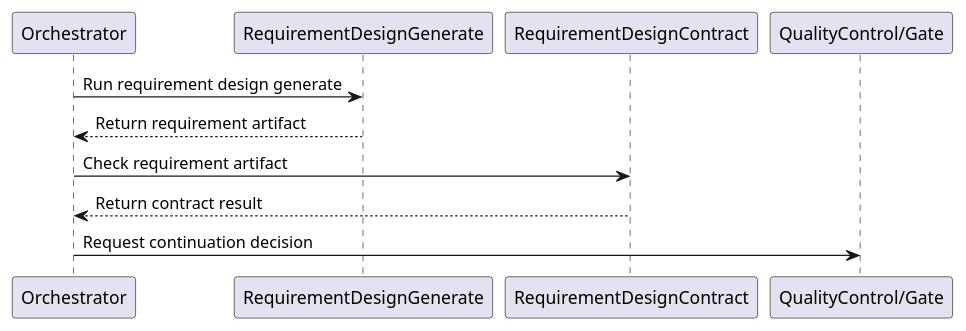
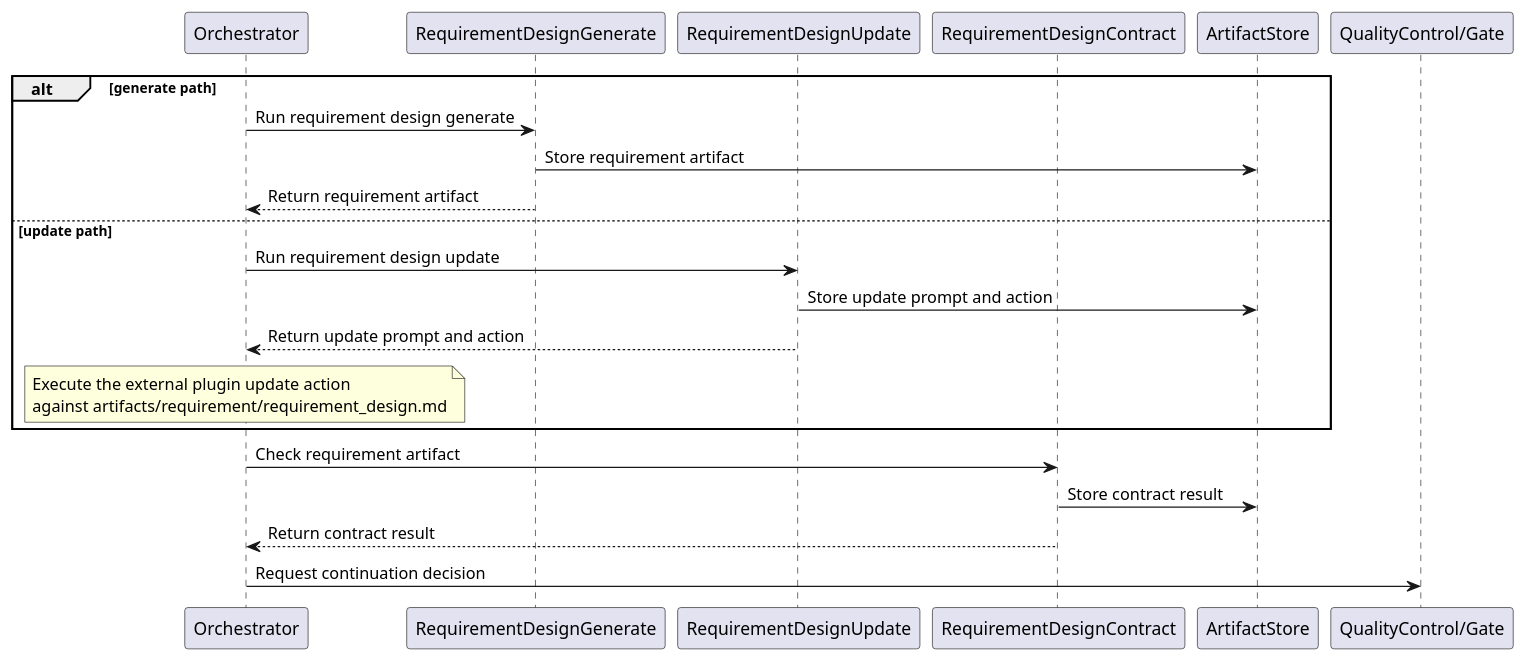
The second of 4 diagrams in project_layer/docs/breakdown_docs/requirement_design.md (lucky-chen/ai_workflow_travel), drawn with PlantUML before and after one commit. The commit also changed other lines of this file and 16 other files, not shown here.

````diff
--- a/project_layer/docs/breakdown_docs/requirement_design.md
+++ b/project_layer/docs/breakdown_docs/requirement_design.md
@@ -91,14 +100,28 @@
 ```plantuml
 @startuml
 participant Orchestrator
 participant RequirementDesignGenerate
+participant RequirementDesignUpdate
 participant RequirementDesignContract
+participant ArtifactStore
 participant "QualityControl/Gate" as Gate
 
-Orchestrator -> RequirementDesignGenerate: Run requirement design generate
-RequirementDesignGenerate --> Orchestrator: Return requirement artifact
+alt generate path
+  Orchestrator -> RequirementDesignGenerate: Run requirement design generate
+  RequirementDesignGenerate -> ArtifactStore: Store requirement artifact
+  RequirementDesignGenerate --> Orchestrator: Return requirement artifact
+else update path
+  Orchestrator -> RequirementDesignUpdate: Run requirement design update
+  RequirementDesignUpdate -> ArtifactStore: Store update prompt and action
+  RequirementDesignUpdate --> Orchestrator: Return update prompt and action
+  note over Orchestrator
+    Execute the external plugin update action
+    against artifacts/requirement/requirement_design.md
+  end note
+end
 Orchestrator -> RequirementDesignContract: Check requirement artifact
+RequirementDesignContract -> ArtifactStore: Store contract result
 RequirementDesignContract --> Orchestrator: Return contract result
 Orchestrator -> Gate: Request continuation decision
 @enduml
 ```
````
